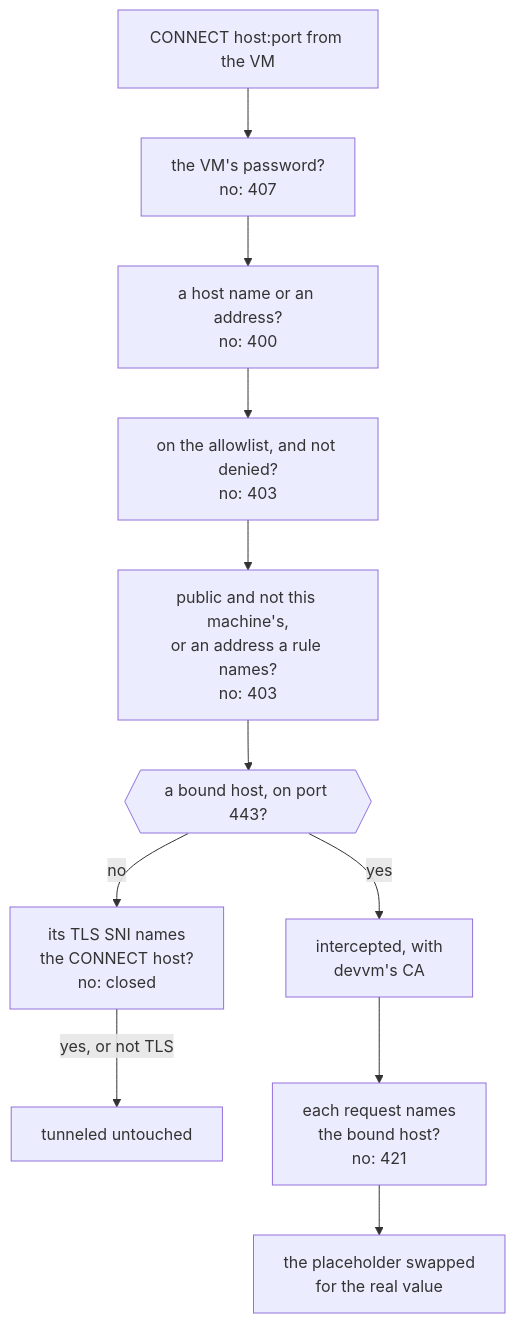
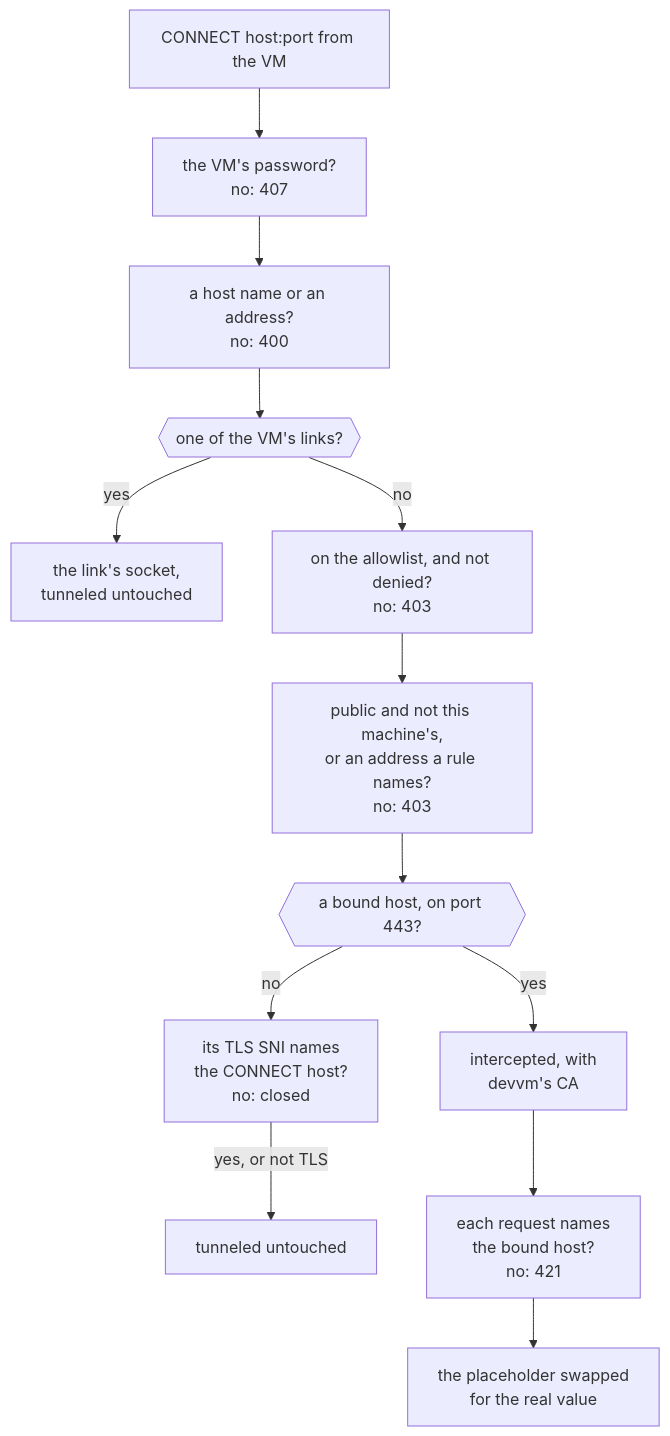
One commit to DustyPolk/devvm changed the first of 2 diagrams in docs/content/docs/internals/network.md. Above: the diagram before and after it, drawn with Mermaid. The commit also changed other lines of this file and 27 other files, not shown here.

````diff
--- a/docs/content/docs/internals/network.md
+++ b/docs/content/docs/internals/network.md
@@ -40,13 +41,15 @@
 ```mermaid
 flowchart TD
   conn["CONNECT host:port from the VM"] --> pw["the VM's password?<br>no: 407"]
   pw --> name["a host name or an address?<br>no: 400"]
-  name --> allow["on the allowlist, and not denied?<br>no: 403"]
+  name --> link{{"one of the VM's links?"}}
+  link -- "yes" --> linked["the link's socket,<br>tunneled untouched"]
+  link -- "no" --> allow["on the allowlist, and not denied?<br>no: 403"]
   allow --> floor["public and not this machine's,<br>or an address a rule names?<br>no: 403"]
   floor --> bound{{"a bound host, on port 443?"}}
   bound -- "no" --> sni["its TLS SNI names<br>the CONNECT host?<br>no: closed"]
   sni -- "yes, or not TLS" --> tunnel["tunneled untouched"]
   bound -- "yes" --> intercept["intercepted, with<br>devvm's CA"]
   intercept --> named["each request names<br>the bound host?<br>no: 421"]
   named --> swap["the placeholder swapped<br>for the real value"]
 ```
````
